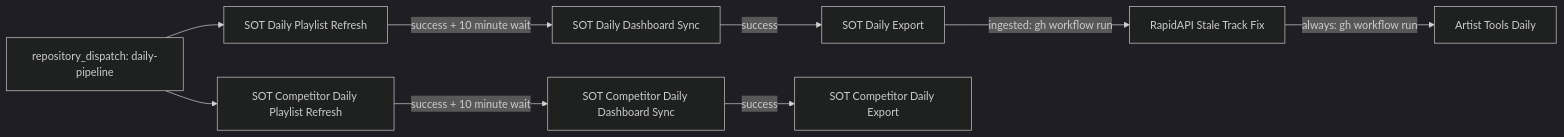
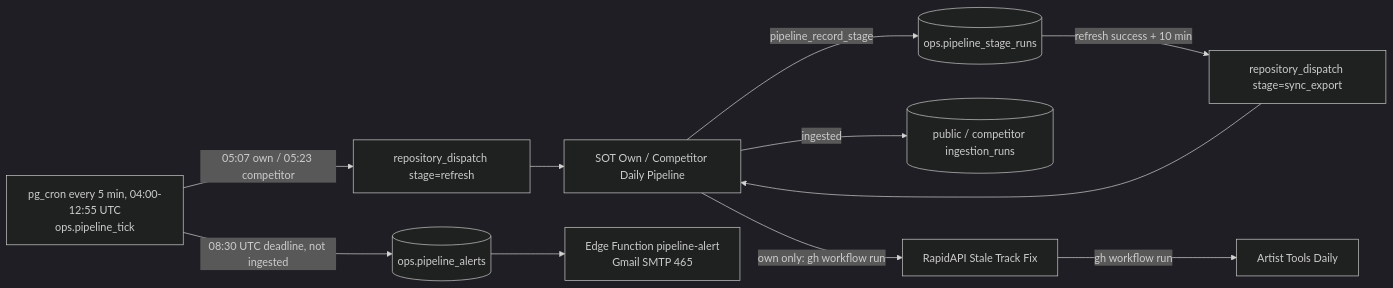
The diagram in docs/DAILY-PIPELINE.md (niksaxena1/StreamBase), drawn with Mermaid (dark theme) before and after one commit. The commit also changed other lines of this file and 4 other files, not shown here.

First line of the commit message:
Add Supabase scheduler, alert function and docs for the DB-orchestrated pipeline

````diff
--- a/docs/DAILY-PIPELINE.md
+++ b/docs/DAILY-PIPELINE.md
@@ -7,11 +10,12 @@
 ```mermaid
 flowchart LR
-  Head[repository_dispatch: daily-pipeline] --> OwnRefresh[SOT Daily Playlist Refresh]
-  Head --> CompetitorRefresh[SOT Competitor Daily Playlist Refresh]
-  OwnRefresh -->|success + 10 minute wait| OwnSync[SOT Daily Dashboard Sync]
-  OwnSync -->|success| OwnExport[SOT Daily Export]
-  OwnExport -->|ingested: gh workflow run| Fix[RapidAPI Stale Track Fix]
-  Fix -->|always: gh workflow run| Artist[Artist Tools Daily]
-  CompetitorRefresh -->|success + 10 minute wait| CompetitorSync[SOT Competitor Daily Dashboard Sync]
-  CompetitorSync -->|success| CompetitorExport[SOT Competitor Daily Export]
+  Tick[pg_cron every 5 min, 04:00-12:55 UTC<br/>ops.pipeline_tick] -->|05:07 own / 05:23 competitor| R[repository_dispatch stage=refresh]
+  R --> WF[SOT Own / Competitor Daily Pipeline]
+  WF -->|pipeline_record_stage| Stages[(ops.pipeline_stage_runs)]
+  Stages -->|refresh success + 10 min| S[repository_dispatch stage=sync_export]
+  S --> WF
+  WF -->|ingested| Ingest[(public / competitor ingestion_runs)]
+  WF -->|own only: gh workflow run| Fix[RapidAPI Stale Track Fix]
+  Fix -->|gh workflow run| Artist[Artist Tools Daily]
+  Tick -->|08:30 UTC deadline, not ingested| Alert[(ops.pipeline_alerts)] --> Mail[Edge Function pipeline-alert<br/>Gmail SMTP 465]
 ```
````
